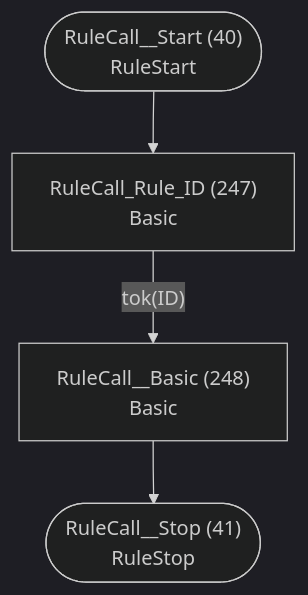
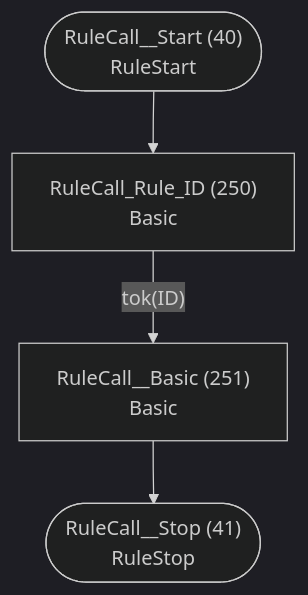
Before and after one commit to TypeFox/fastbelt: diagram 21 of 26 in internal/grammar/atn.md, drawn with Mermaid (dark theme). The commit also changed other lines of this file and 16 other files, not shown here.

````diff
--- a/internal/grammar/atn.md
+++ b/internal/grammar/atn.md
@@ -638,11 +645,11 @@
 ```mermaid
 flowchart TD
     q40(["RuleCall__Start (40)<br/>RuleStart"])
     q41(["RuleCall__Stop (41)<br/>RuleStop"])
-    q247["RuleCall_Rule_ID (247)<br/>Basic<br/>"]
-    q248["RuleCall__Basic (248)<br/>Basic<br/>"]
+    q250["RuleCall_Rule_ID (250)<br/>Basic<br/>"]
+    q251["RuleCall__Basic (251)<br/>Basic<br/>"]
 
-    q40 --> q247
-    q247 -->|"tok(ID)"| q248
-    q248 --> q41
+    q40 --> q250
+    q250 -->|"tok(ID)"| q251
+    q251 --> q41
 ```
````
